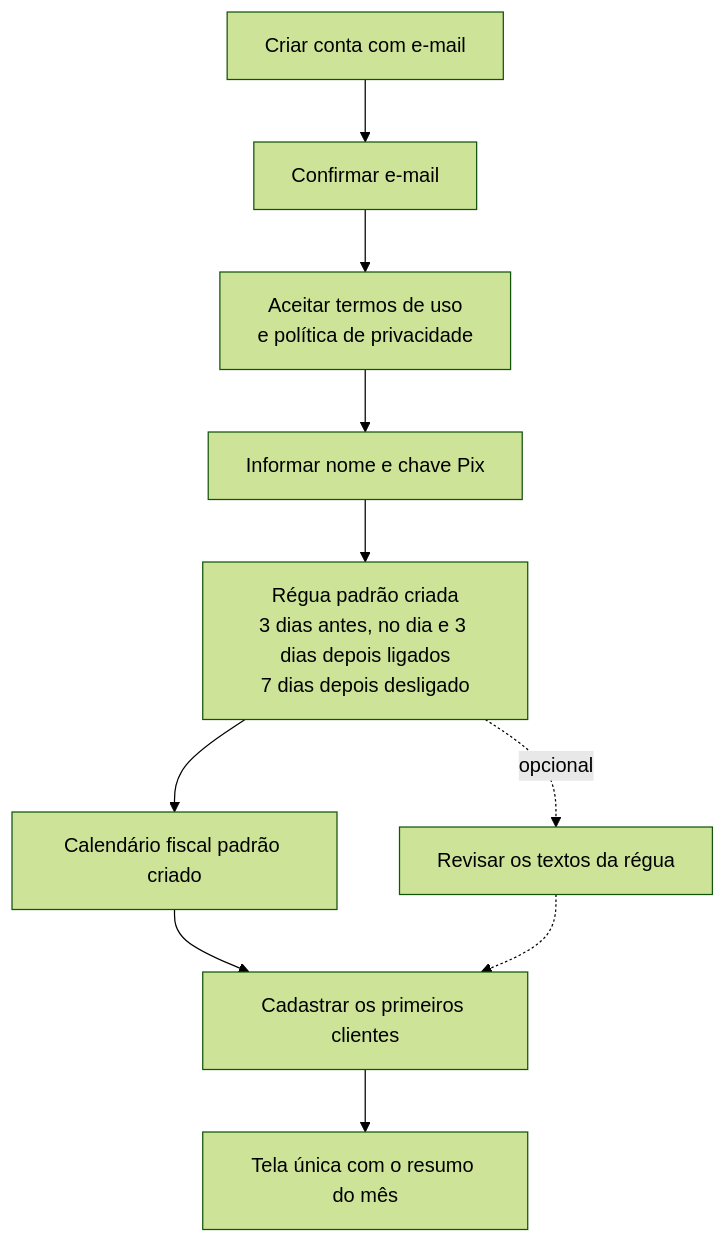
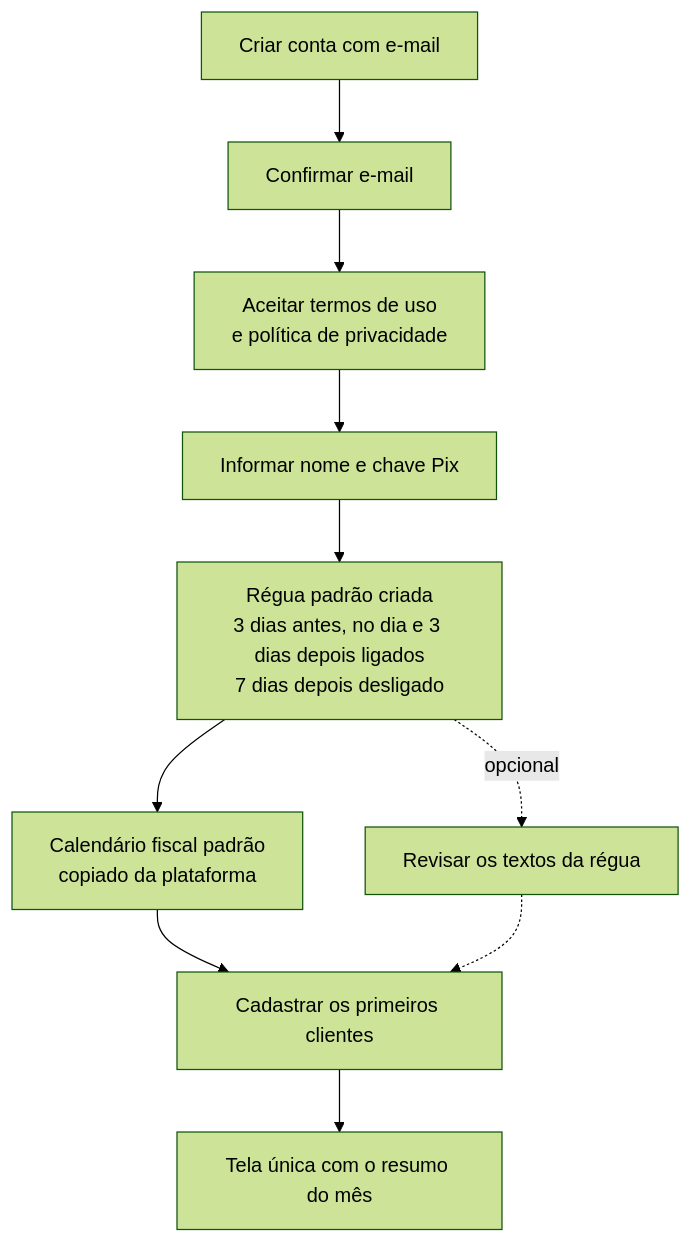
One commit to 77mdias/neximob changed the second of 19 diagrams in docs/Mapa de fluxo.md. Above: the diagram before and after it, drawn with Mermaid (forest theme). The commit also changed other lines of this file and 4 other files, not shown here.

````diff
--- a/docs/Mapa de fluxo.md
+++ b/docs/Mapa de fluxo.md
@@ -73,12 +73,12 @@
 ```mermaid
 flowchart TD
     A["Criar conta com e-mail"] --> B["Confirmar e-mail"]
     B --> C["Aceitar termos de uso<br/>e política de privacidade"]
     C --> D["Informar nome e chave Pix"]
     D --> E["Régua padrão criada<br/>3 dias antes, no dia e 3 dias depois ligados<br/>7 dias depois desligado"]
-    E --> F["Calendário fiscal padrão criado"]
+    E --> F["Calendário fiscal padrão<br/>copiado da plataforma"]
     F --> G["Cadastrar os primeiros clientes"]
     G --> H["Tela única com o resumo do mês"]
     E -. "opcional" .-> R["Revisar os textos da régua"]
     R -.-> G
 ```
````
